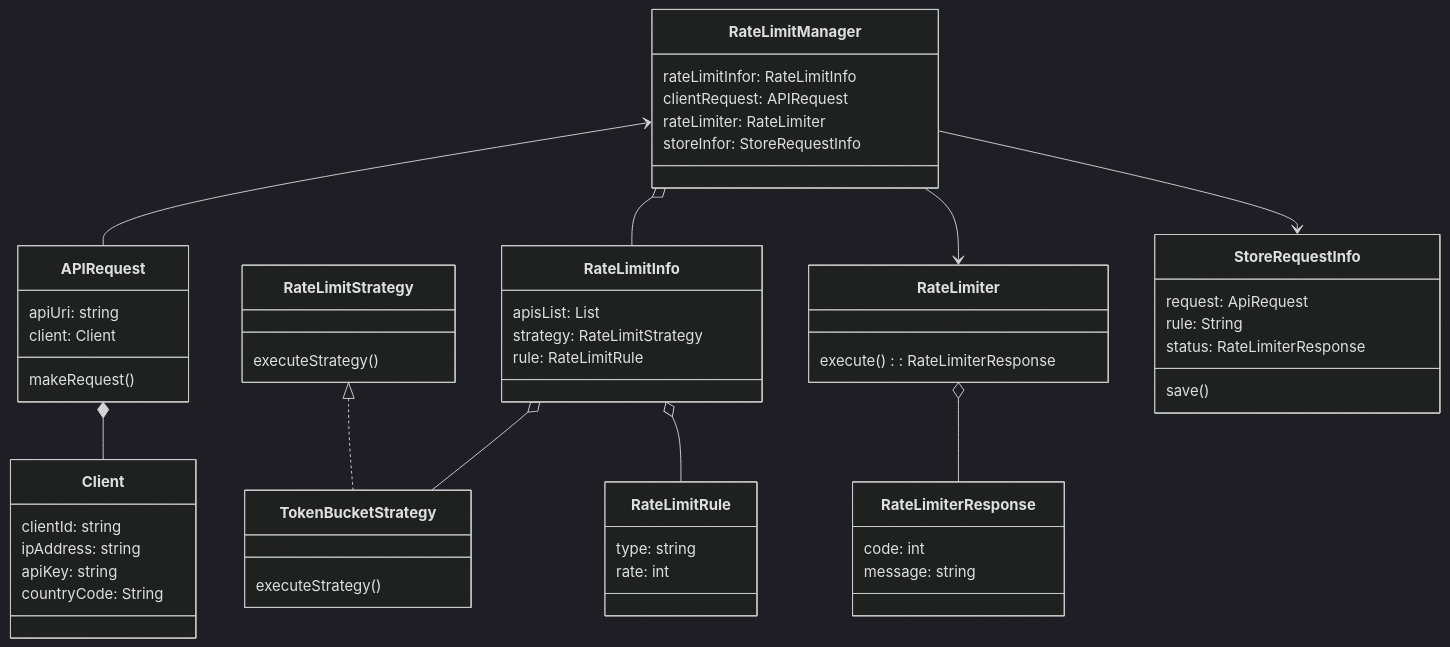
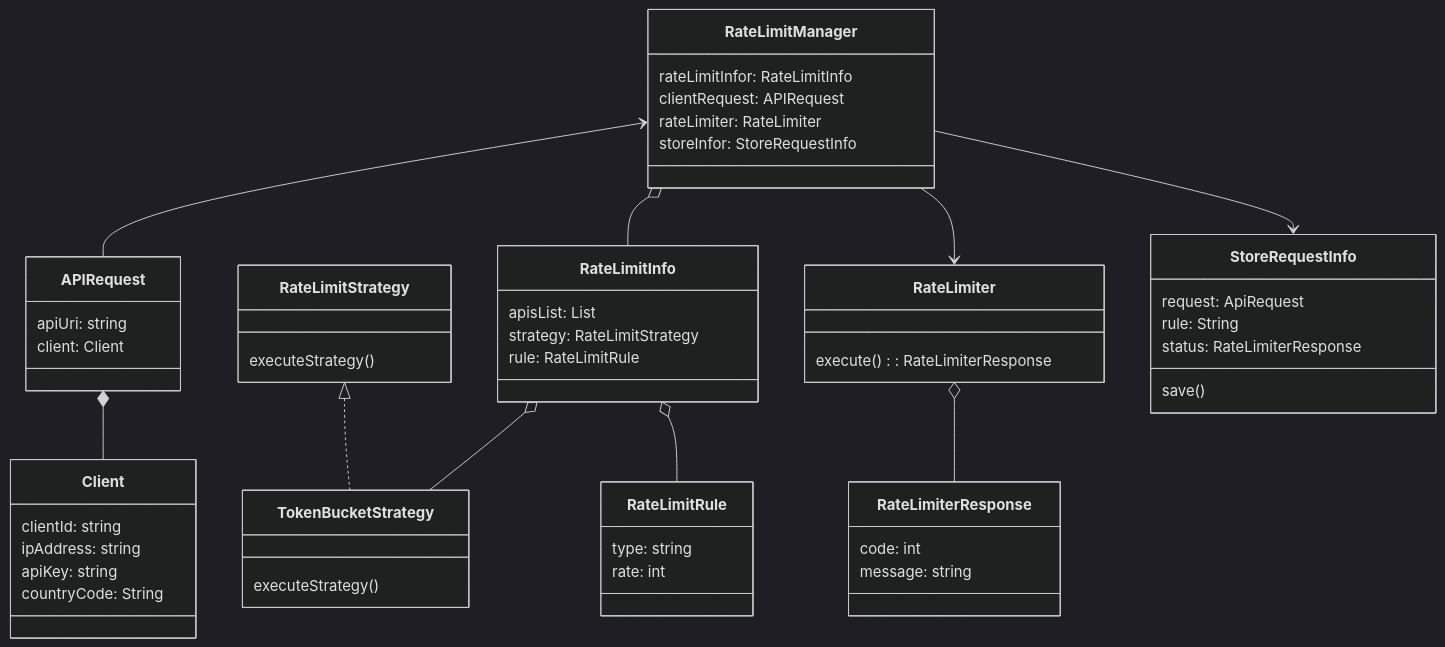
One commit to abusk/MyLLDs changed the diagram in api-rate-limiter/README.md. Above: the diagram before and after it, drawn with Mermaid (dark theme). The commit also changed other lines of this file and 15 other files, not shown here.

````diff
--- a/api-rate-limiter/README.md
+++ b/api-rate-limiter/README.md
@@ -22,58 +22,57 @@
 ```mermaid
     classDiagram
     class Client {
             clientId: string
             ipAddress: string
             apiKey: string
             countryCode: String
     }
     class APIRequest {
             apiUri: string
             client: Client
-            makeRequest()
     }
     class RateLimitStrategy {
         executeStrategy()
     }
     class TokenBucketStrategy {
         executeStrategy()
     }
     class RateLimitRule {
             type: string
             rate: int 
     } 
     class RateLimitInfo {
             apisList: List
             strategy: RateLimitStrategy
             rule: RateLimitRule 
     }
     class RateLimiterResponse {
             code: int
             message: string
     }
     
     class RateLimiter {
             execute() : RateLimiterResponse
     }
     class RateLimitManager {
             rateLimitInfor: RateLimitInfo
             clientRequest: APIRequest
             rateLimiter: RateLimiter 
             storeInfor: StoreRequestInfo 
     }
     class StoreRequestInfo {
             request: ApiRequest
             rule: String
             status: RateLimiterResponse 
             save()
     }
     RateLimitStrategy <|.. TokenBucketStrategy
     RateLimitInfo o-- TokenBucketStrategy
     RateLimitInfo o-- RateLimitRule
     APIRequest *-- Client
     RateLimitManager <-- APIRequest
     RateLimitManager o-- RateLimitInfo 
     RateLimitManager --> RateLimiter
     RateLimitManager --> StoreRequestInfo
     RateLimiter  o--RateLimiterResponse
 ```
````
